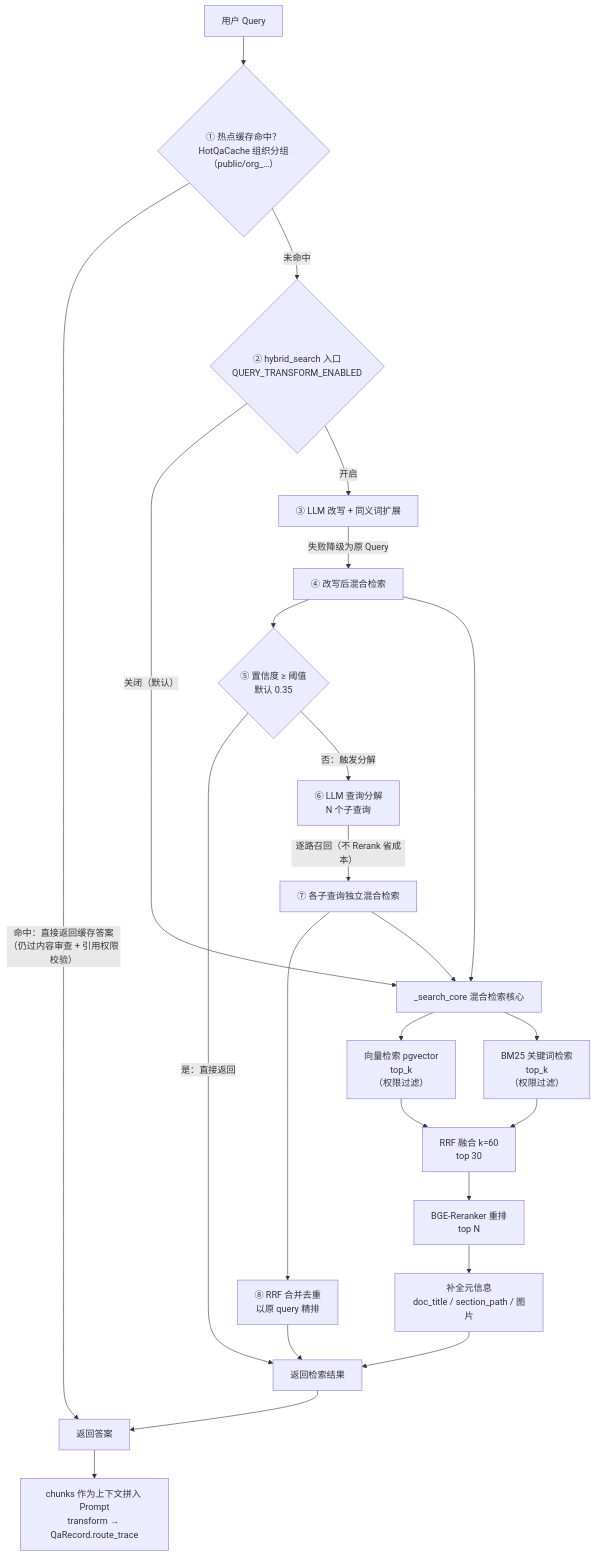
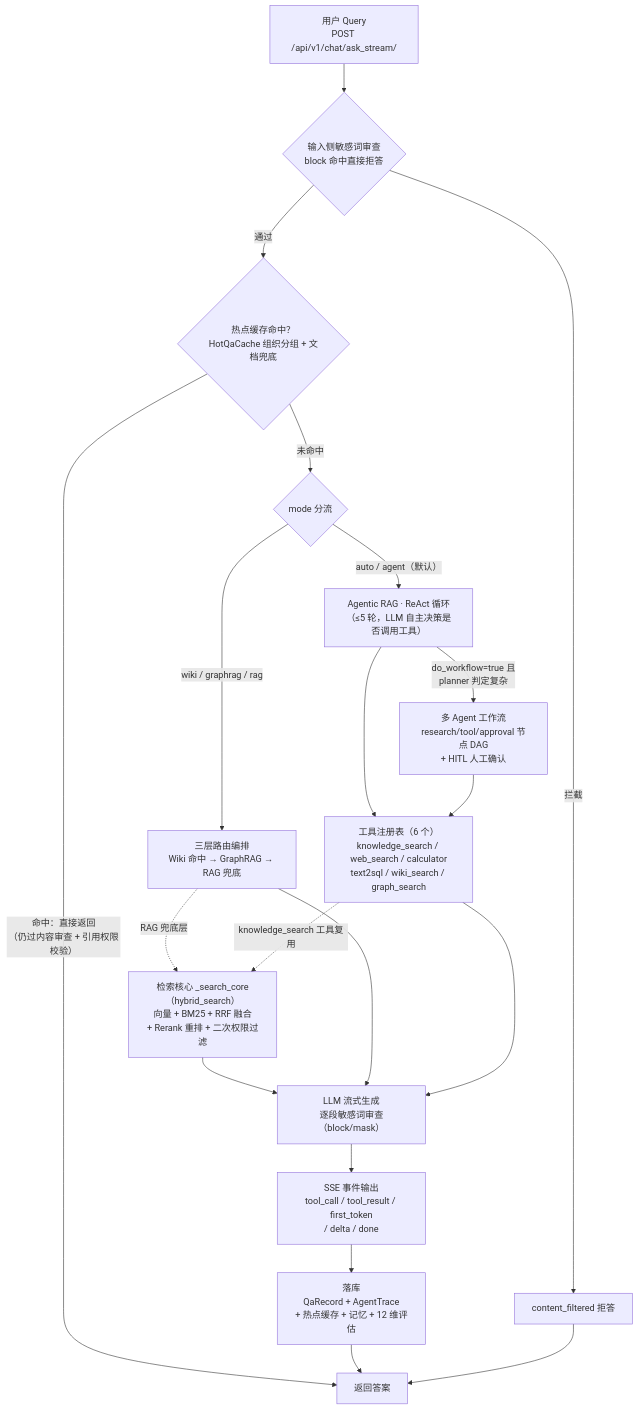
One commit to caoyang728/rag changed the diagram in README.md. Above: the diagram before and after it, drawn with Mermaid. The commit also changed other lines of this file and 10 other files, not shown here.

````diff
--- a/README.md
+++ b/README.md
@@ -19,28 +23,24 @@
 ```mermaid
 flowchart TD
-    Q["用户 Query"] --> CACHE{"① 热点缓存命中？<br/>HotQaCache 组织分组（public/org_…）"}
-    CACHE -->|"命中：直接返回缓存答案<br/>（仍过内容审查 + 引用权限校验）"| DONE["返回答案"]
-    CACHE -->|"未命中"| H{"② hybrid_search 入口<br/>QUERY_TRANSFORM_ENABLED"}
+    Q["用户 Query<br/>POST /api/v1/chat/ask_stream/"] --> IN{"输入侧敏感词审查<br/>block 命中直接拒答"}
+    IN -->|"拦截"| F["content_filtered 拒答"]
+    IN -->|"通过"| CACHE{"热点缓存命中？<br/>HotQaCache 组织分组 + 文档兜底"}
+    CACHE -->|"命中：直接返回<br/>（仍过内容审查 + 引用权限校验）"| DONE["返回答案"]
+    CACHE -->|"未命中"| MODE{"mode 分流"}
 
-    H -->|"关闭（默认）"| CORE["_search_core 混合检索核心"]
-    H -->|"开启"| RW["③ LLM 改写 + 同义词扩展"]
-    RW -->|"失败降级为原 Query"| S1["④ 改写后混合检索"]
-    S1 --> CF{"⑤ 置信度 ≥ 阈值<br/>默认 0.35"}
-    CF -->|"是：直接返回"| OUT["返回检索结果"]
-    CF -->|"否：触发分解"| DC["⑥ LLM 查询分解<br/>N 个子查询"]
-    DC -->|"逐路召回（不 Rerank 省成本）"| SUB["⑦ 各子查询独立混合检索"]
-    SUB --> MG["⑧ RRF 合并去重<br/>以原 query 精排"]
-    MG --> OUT
+    MODE -->|"wiki / graphrag / rag"| ROUTE["三层路由编排<br/>Wiki 命中 → GraphRAG → RAG 兜底"]
+    MODE -->|"auto / agent（默认）"| REACT["Agentic RAG · ReAct 循环<br/>（≤5 轮，LLM 自主决策是否调用工具）"]
+    REACT -->|"do_workflow=true 且<br/>planner 判定复杂"| WF["多 Agent 工作流<br/>research/tool/approval 节点 DAG<br/>+ HITL 人工确认"]
+    REACT --> TOOLS["工具注册表（6 个）<br/>knowledge_search / web_search / calculator<br/>text2sql / wiki_search / graph_search"]
+    WF --> TOOLS
 
-    CORE --> VEC["向量检索 pgvector<br/>top_k<br/>（权限过滤）"]
-    CORE --> BM["BM25 关键词检索<br/>top_k<br/>（权限过滤）"]
-    S1 --> CORE
-    SUB --> CORE
-    VEC --> FUSE["RRF 融合 k=60<br/>top 30"]
-    BM --> FUSE
-    FUSE --> RK["BGE-Reranker 重排<br/>top N"]
-    RK --> EN["补全元信息<br/>doc_title / section_path / 图片"]
-    EN --> OUT
-    OUT --> DONE
-    DONE --> CTX["chunks 作为上下文拼入 Prompt<br/>transform → QaRecord.route_trace"]
+    ROUTE -.->|"RAG 兜底层"| CORE["检索核心 _search_core（hybrid_search）<br/>向量 + BM25 + RRF 融合<br/>+ Rerank 重排 + 二次权限过滤"]
+    TOOLS -.->|"knowledge_search 工具复用"| CORE
+    CORE --> GEN["LLM 流式生成<br/>逐段敏感词审查（block/mask）"]
+    ROUTE --> GEN
+    TOOLS --> GEN
+    GEN --> SSE["SSE 事件输出<br/>tool_call / tool_result / first_token<br/>/ delta / done"]
+    SSE --> PERSIST["落库<br/>QaRecord + AgentTrace<br/>+ 热点缓存 + 记忆 + 12 维评估"]
+    PERSIST --> DONE
+    F --> DONE
 ```
````
